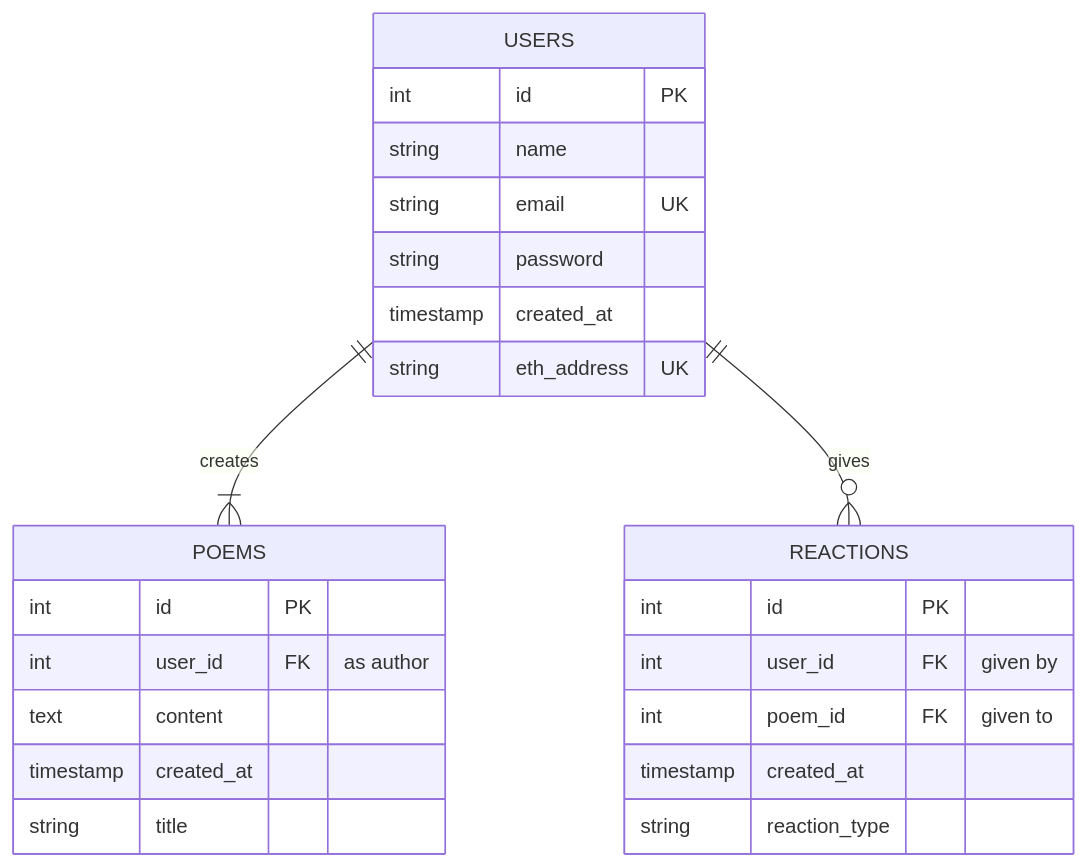
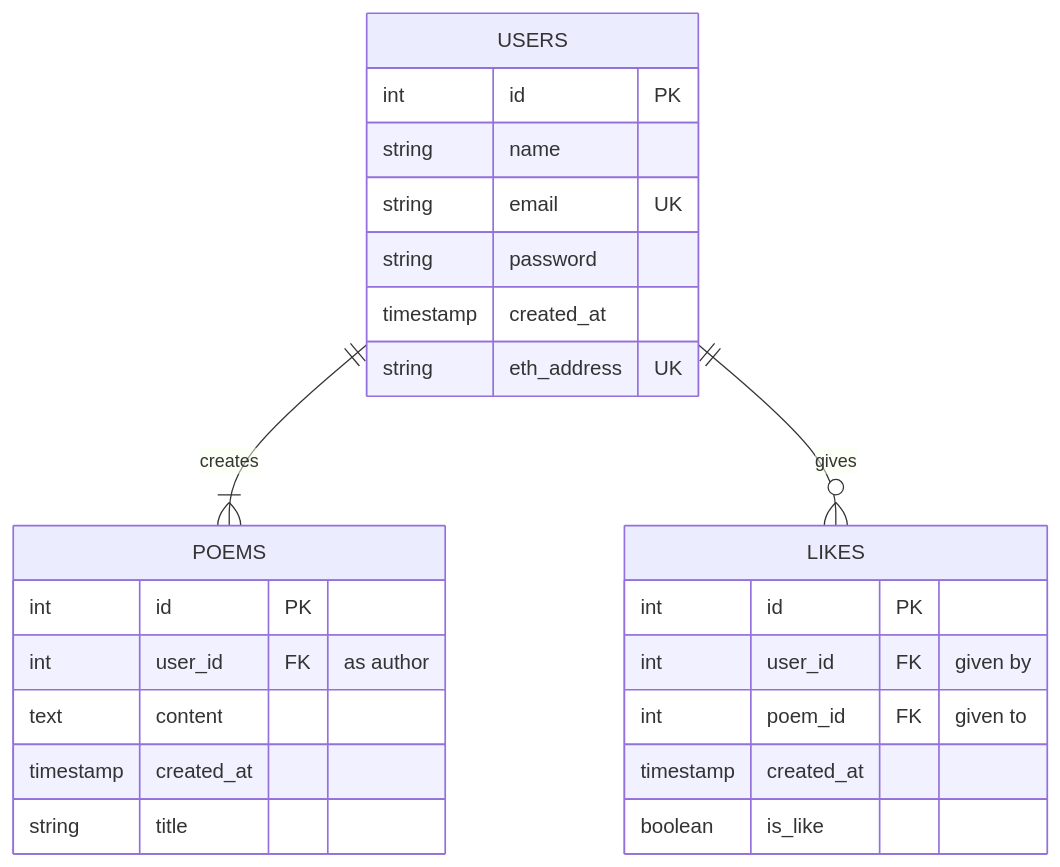
One commit to globe-and-citizen/weve-got-poems changed the diagram in backend/README.md. Above: the diagram before and after it, drawn with Mermaid. The commit also changed 2 other files, not shown here.

Commit message:
Updated from "reactions" to "likes" table

````diff
--- a/backend/README.md
+++ b/backend/README.md
@@ -26,28 +26,27 @@
 ```mermaid
 erDiagram
     USERS ||--|{ POEMS : creates
-    USERS ||--o{ REACTIONS : gives
+    USERS ||--o{ LIKES : gives
     USERS {
         int id PK
         string name
         string email UK
         string password
         timestamp created_at
         string eth_address UK
     }
     POEMS {
         int id PK
         int user_id FK "as author"
         text content
         timestamp created_at
         string title
     }
-    REACTIONS {
+    LIKES {
         int id PK
         int user_id FK "given by"
         int poem_id FK "given to"
         timestamp created_at
-        string reaction_type
+        boolean is_like
     }
-
 ```
````
